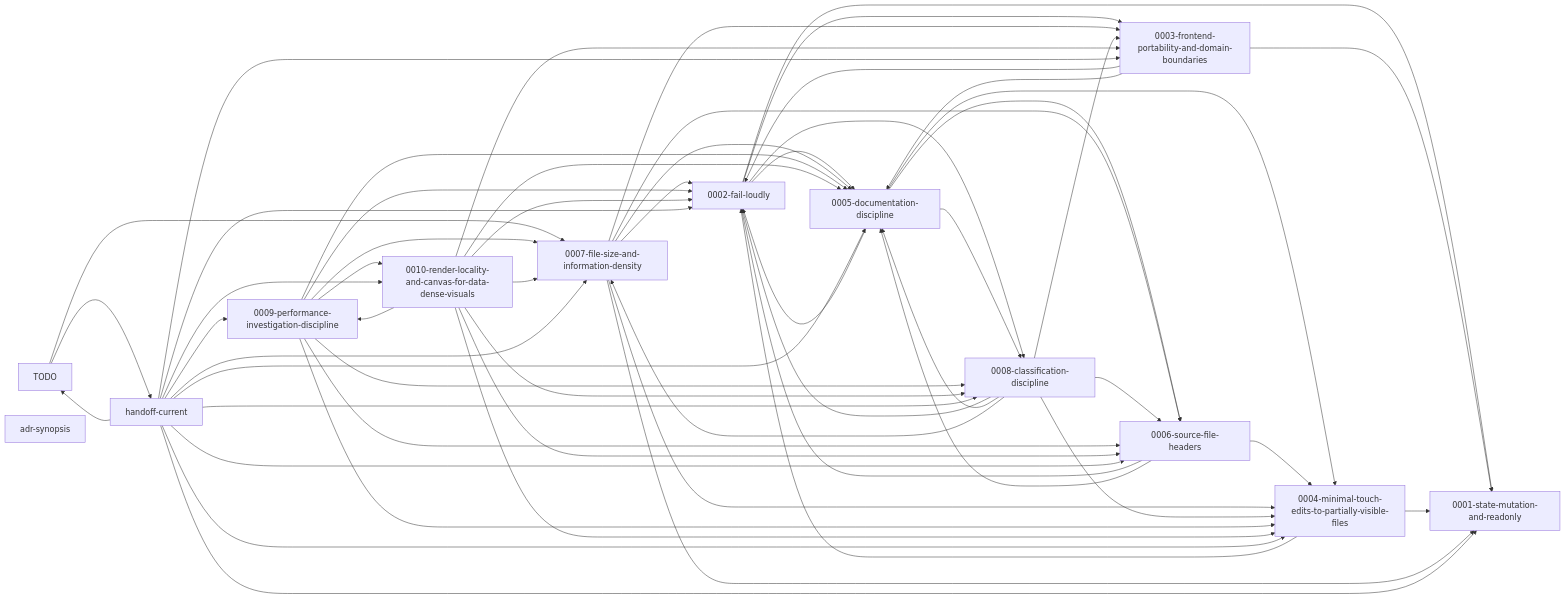
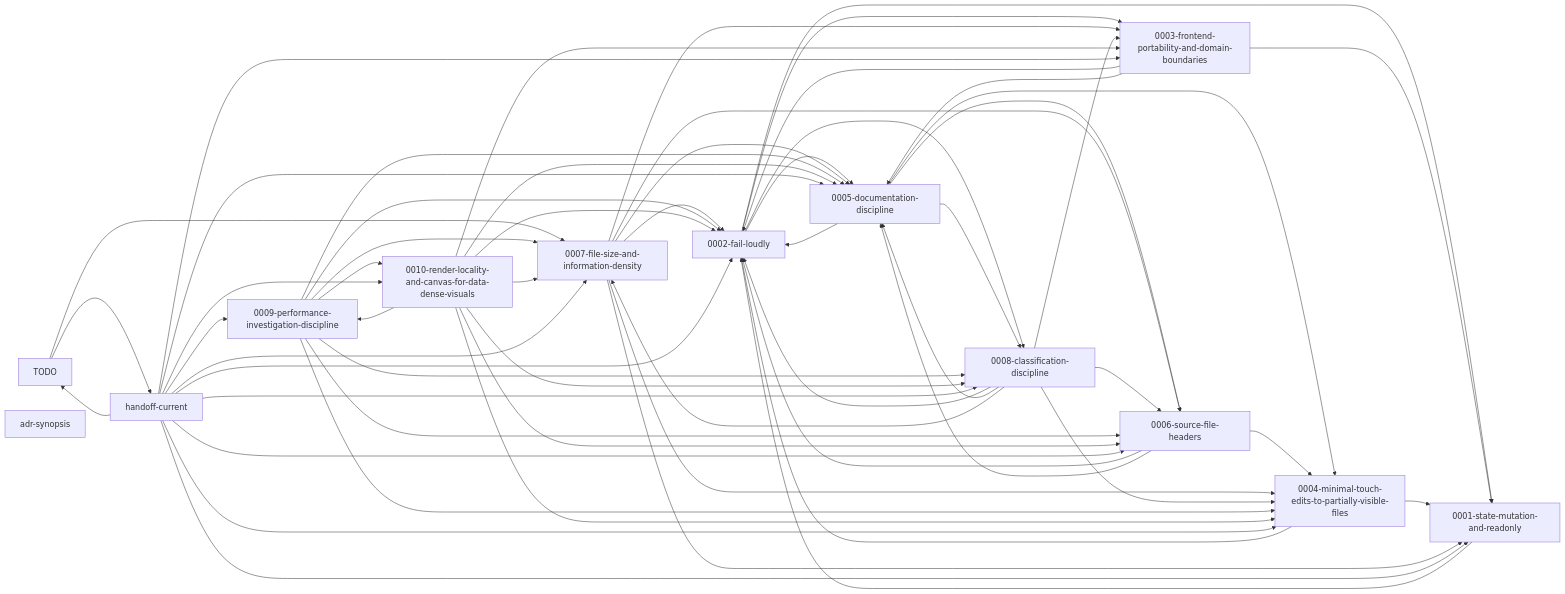
The diagram in docs/doc-graph.md (KodBena/LengYue), drawn with Mermaid before and after one commit. The commit also changed other lines of this file and 2 other files, not shown here.

Commit message:
docs: regenerate doc-graph after rebase onto main

````diff
--- a/docs/doc-graph.md
+++ b/docs/doc-graph.md
@@ -81,72 +81,73 @@
 ```mermaid
 flowchart LR
   n0["TODO"]
   n1["adr-synopsis"]
   n2["0001-state-mutation-and-readonly"]
   n3["0002-fail-loudly"]
   n4["0003-frontend-portability-and-domain-boundaries"]
   n5["0004-minimal-touch-edits-to-partially-visible-files"]
   n6["0005-documentation-discipline"]
   n7["0006-source-file-headers"]
   n8["0007-file-size-and-information-density"]
   n9["0008-classification-discipline"]
   n10["0009-performance-investigation-discipline"]
   n11["0010-render-locality-and-canvas-for-data-dense-visuals"]
   n12["handoff-current"]
   n0 --> n8
   n0 --> n12
+  n2 --> n3
   n3 --> n2
   n3 --> n6
   n3 --> n9
   n3 --> n4
   n4 --> n2
   n4 --> n3
   n4 --> n6
   n5 --> n3
   n5 --> n2
   n6 --> n3
   n6 --> n5
   n6 --> n9
   n6 --> n7
   n7 --> n3
   n7 --> n5
   n7 --> n6
   n8 --> n3
   n8 --> n5
   n8 --> n6
   n8 --> n7
   n8 --> n2
   n8 --> n4
   n9 --> n3
   n9 --> n5
   n9 --> n6
   n9 --> n7
   n9 --> n8
   n9 --> n4
   n10 --> n3
   n10 --> n5
   n10 --> n6
   n10 --> n7
   n10 --> n8
   n10 --> n9
   n10 --> n11
   n11 --> n3
   n11 --> n5
   n11 --> n6
   n11 --> n7
   n11 --> n8
   n11 --> n9
   n11 --> n10
   n11 --> n4
   n12 --> n4
   n12 --> n2
   n12 --> n3
   n12 --> n5
   n12 --> n6
   n12 --> n7
   n12 --> n8
   n12 --> n9
   n12 --> n10
   n12 --> n11
   n12 --> n0
 ```
````
